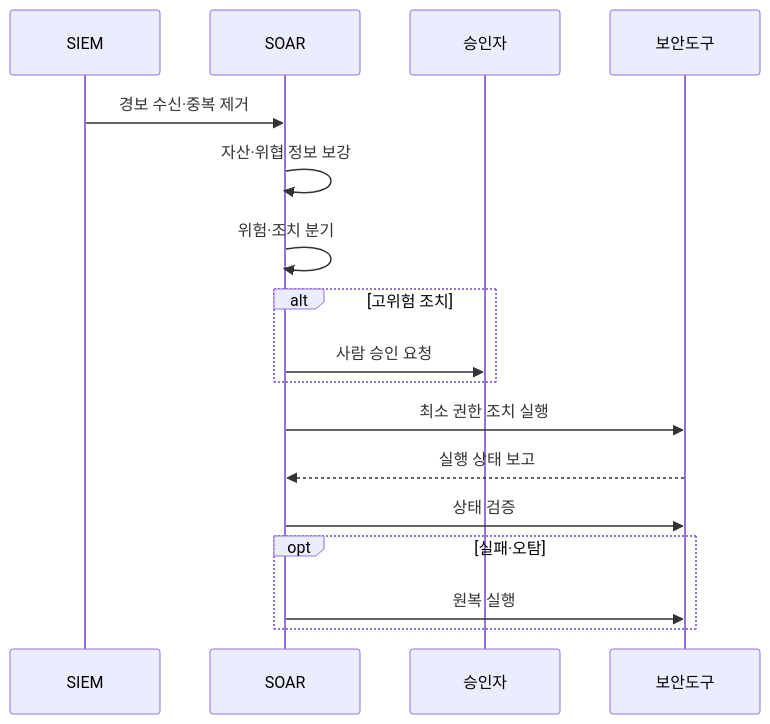
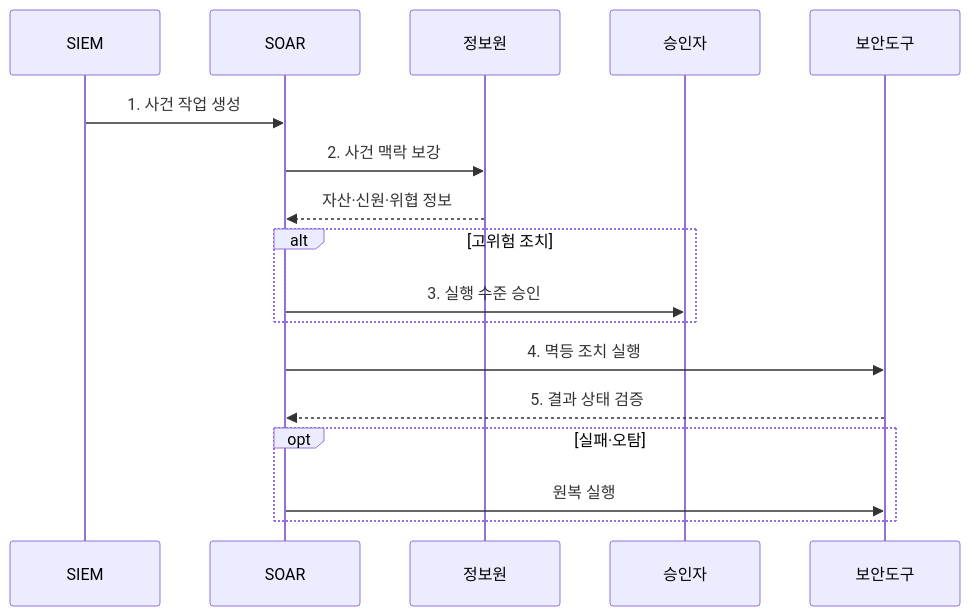
The second of 2 diagrams in src/content/docs/notes/04-network/094_soar.md (agnusdei1207/knowledge-base), drawn with Mermaid before and after one commit. The commit also changed other lines of this file and 21 other files, not shown here.

````diff
--- a/src/content/docs/notes/04-network/094_soar.md
+++ b/src/content/docs/notes/04-network/094_soar.md
@@ -81,19 +77,19 @@
 ```mermaid
 sequenceDiagram
     participant SIEM
     participant SOAR
+    participant 정보원
     participant 승인자
     participant 보안도구
-    SIEM->>SOAR: 경보 수신·중복 제거
-    SOAR->>SOAR: 자산·위협 정보 보강
-    SOAR->>SOAR: 위험·조치 분기
+    SIEM->>SOAR: 1. 사건 작업 생성
+    SOAR->>정보원: 2. 사건 맥락 보강
+    정보원-->>SOAR: 자산·신원·위협 정보
     alt 고위험 조치
-        SOAR->>승인자: 사람 승인 요청
+        SOAR->>승인자: 3. 실행 수준 승인
     end
-    SOAR->>보안도구: 최소 권한 조치 실행
-    보안도구-->>SOAR: 실행 상태 보고
-    SOAR->>보안도구: 상태 검증
+    SOAR->>보안도구: 4. 멱등 조치 실행
+    보안도구-->>SOAR: 5. 결과 상태 검증
     opt 실패·오탐
         SOAR->>보안도구: 원복 실행
     end
 ```
````
